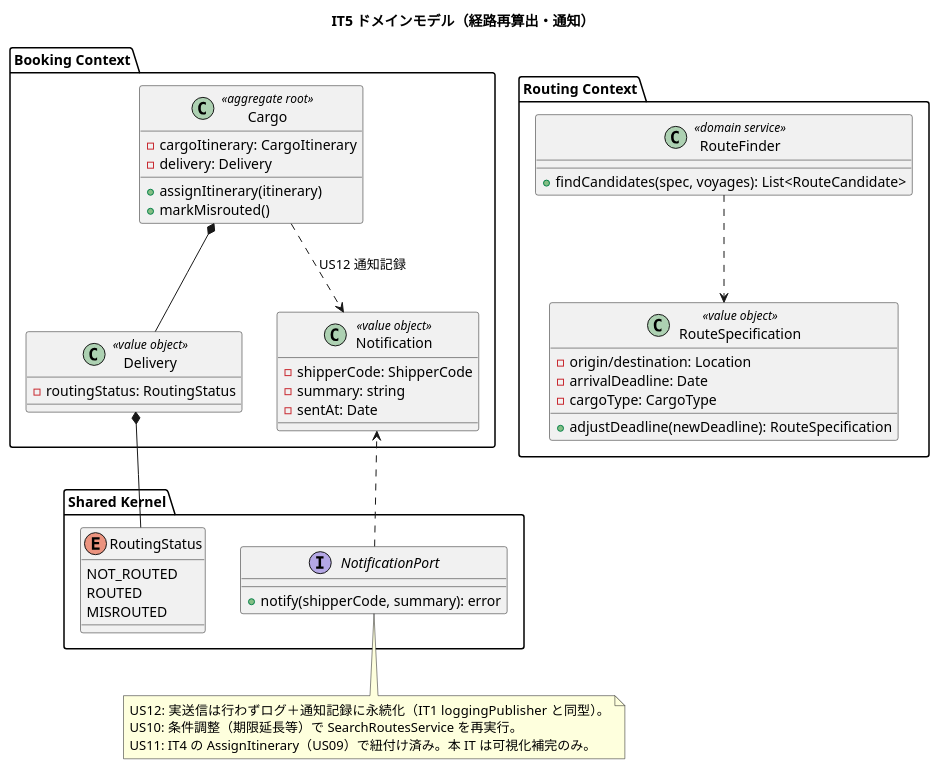
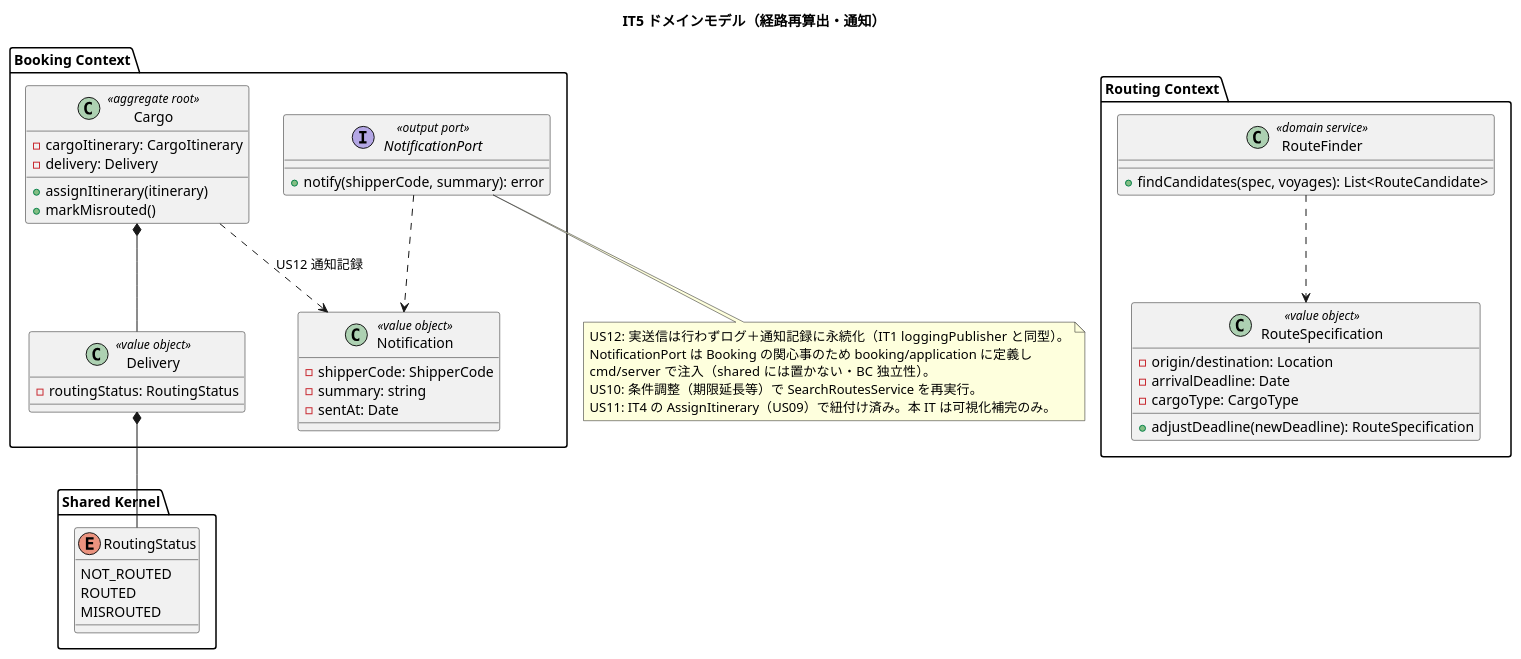
Before and after one commit to k2works/case-study-cargo-tracker: the first of 4 diagrams in docs/development/iteration_plan-5.md, drawn with PlantUML. The commit also changed other lines of this file, not shown here.

````diff
--- a/docs/development/iteration_plan-5.md
+++ b/docs/development/iteration_plan-5.md
@@ -126,57 +126,59 @@
 ```plantuml
 @startuml
 title IT5 ドメインモデル（経路再算出・通知）
 
 package "Routing Context" {
   class RouteFinder <<domain service>> {
     +findCandidates(spec, voyages): List<RouteCandidate>
   }
   class RouteSpecification <<value object>> {
     -origin/destination: Location
     -arrivalDeadline: Date
     -cargoType: CargoType
     +adjustDeadline(newDeadline): RouteSpecification
   }
 }
 
 package "Booking Context" {
   class Cargo <<aggregate root>> {
     -cargoItinerary: CargoItinerary
     -delivery: Delivery
     +assignItinerary(itinerary)
     +markMisrouted()
   }
   class Delivery <<value object>> {
     -routingStatus: RoutingStatus
   }
   class Notification <<value object>> {
     -shipperCode: ShipperCode
     -summary: string
     -sentAt: Date
   }
+  interface NotificationPort <<output port>> {
+    +notify(shipperCode, summary): error
+  }
 }
 
 package "Shared Kernel" {
   enum RoutingStatus {
     NOT_ROUTED
     ROUTED
     MISROUTED
-  }
-  interface NotificationPort {
-    +notify(shipperCode, summary): error
   }
 }
 
 RouteFinder ..> RouteSpecification
 Cargo *-- Delivery
 Delivery *-- RoutingStatus
 Cargo ..> Notification : US12 通知記録
 NotificationPort ..> Notification
 
 note bottom of NotificationPort
   US12: 実送信は行わずログ＋通知記録に永続化（IT1 loggingPublisher と同型）。
+  NotificationPort は Booking の関心事のため booking/application に定義し
+  cmd/server で注入（shared には置かない・BC 独立性）。
   US10: 条件調整（期限延長等）で SearchRoutesService を再実行。
   US11: IT4 の AssignItinerary（US09）で紐付け済み。本 IT は可視化補完のみ。
 end note
 @enduml
 ```
````
